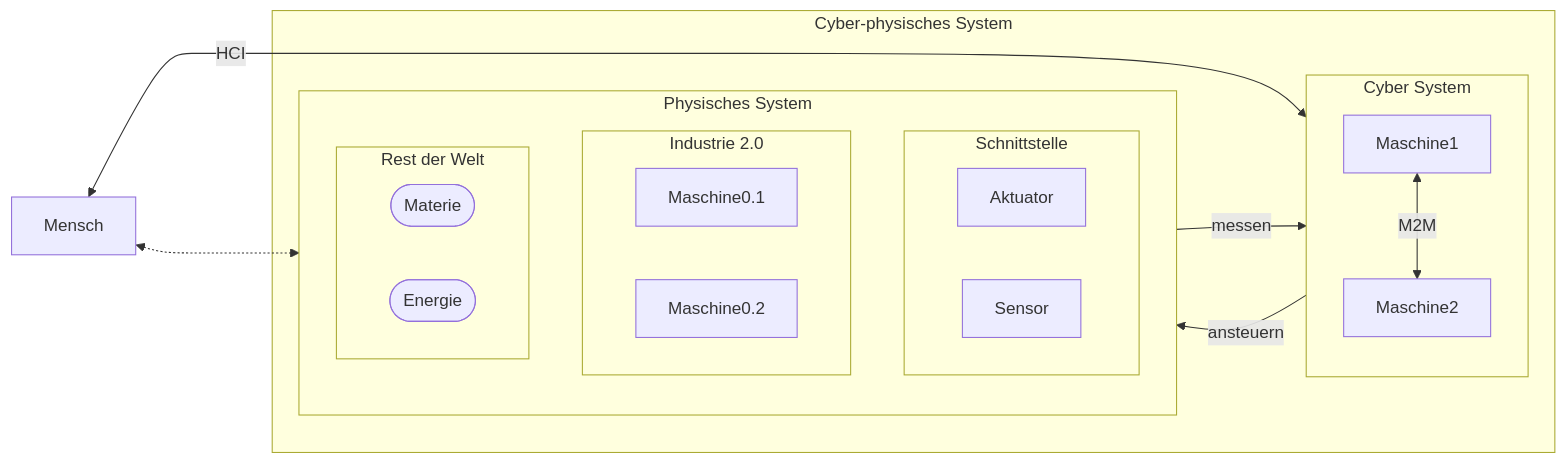
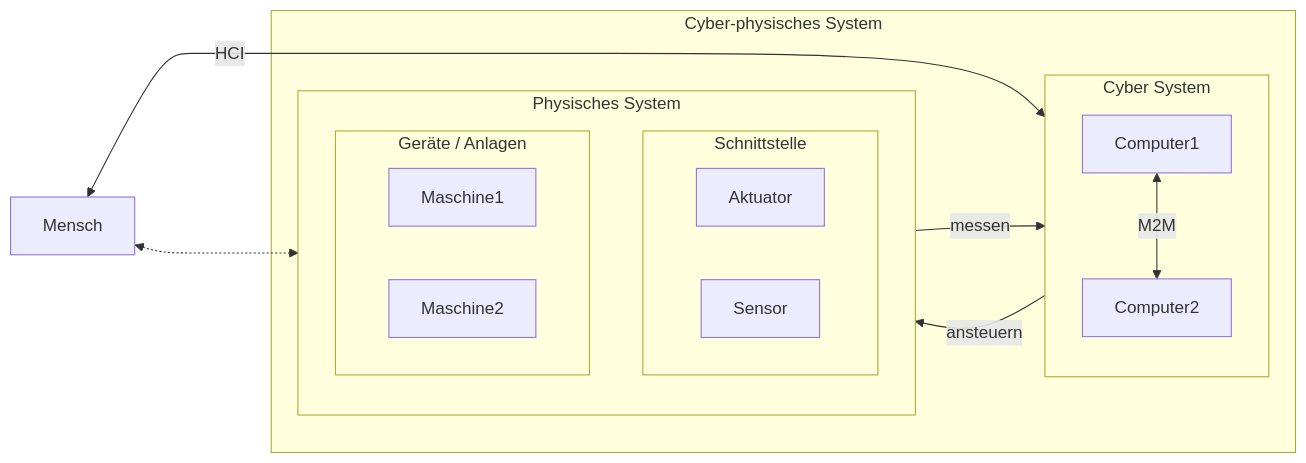
The first of 3 diagrams in src/schnittstellen.md (passa-wq/LF7), drawn with Mermaid before and after one commit. The commit also changed other lines of this file and 3 other files, not shown here.

````diff
--- a/src/schnittstellen.md
+++ b/src/schnittstellen.md
@@ -9,26 +9,22 @@
 ```mermaid
 flowchart LR
   Mensch <--HCI--> Cyber
   subgraph CPS[Cyber-physisches System]
     subgraph Cyber[Cyber System]
-      Maschine1 <--M2M--> Maschine2
+      Computer1 <--M2M--> Computer2
     end
     subgraph PS[Physisches System]
       subgraph Schnittstelle
         Aktuator
         Sensor
       end
-      subgraph Industrie[Industrie 2.0]
-        Maschine0.1
-        Maschine0.2
-      end
-      subgraph Welt[Rest der Welt]
-        Materie([Materie])
-        Energie([Energie])
+      subgraph I[Geräte / Anlagen]
+        Maschine1
+        Maschine2
       end
     end
     PS --messen--> Cyber
     Cyber --ansteuern--> PS
   end
   Mensch <-..-> PS
 ```
````
